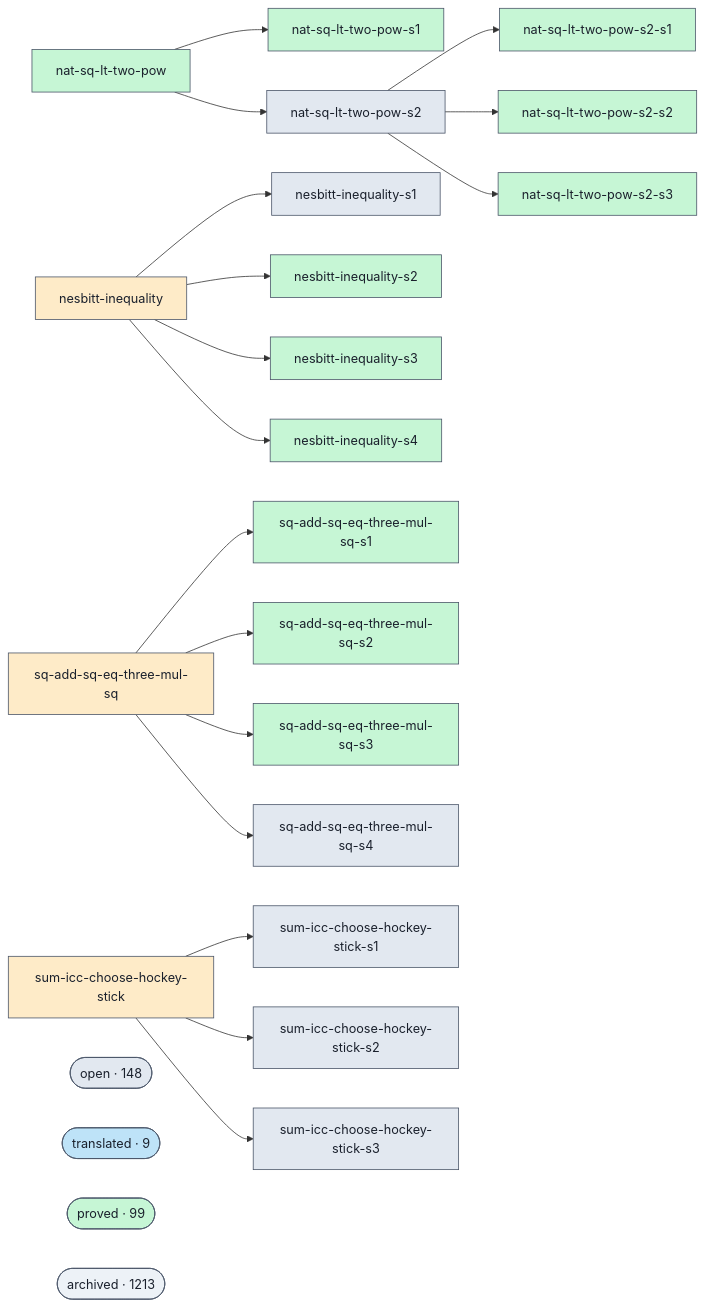
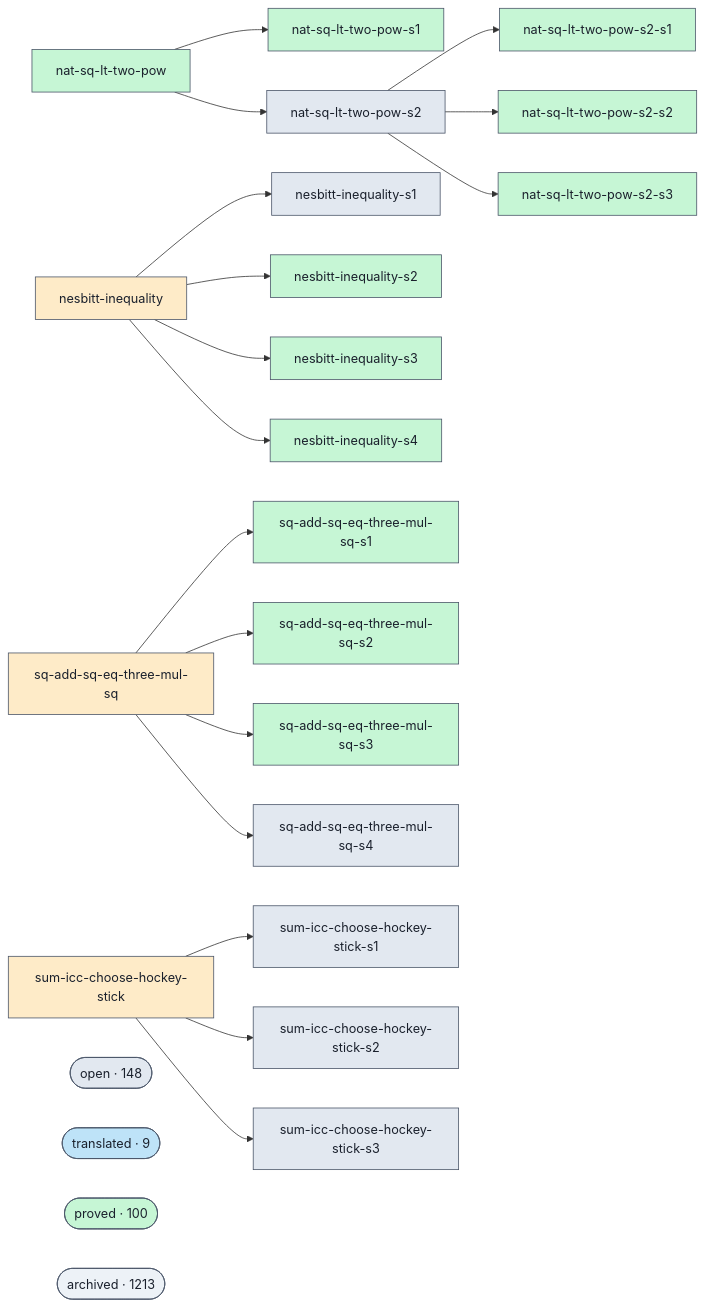
One commit to ohdearquant/unsorry changed the diagram in docs/proofs-contributors-visualisation.md. Above: the diagram before and after it, drawn with Mermaid. The commit also changed other lines of this file and 2 other files, not shown here.

```diff
--- a/docs/proofs-contributors-visualisation.md
+++ b/docs/proofs-contributors-visualisation.md
@@ -102,7 +102,7 @@
   class cluster_open open;
   cluster_translated(["translated · 9"])
   class cluster_translated translated;
-  cluster_proved(["proved · 99"])
+  cluster_proved(["proved · 100"])
   class cluster_proved proved;
   cluster_archived(["archived · 1213"])
   class cluster_archived unknown;
```
